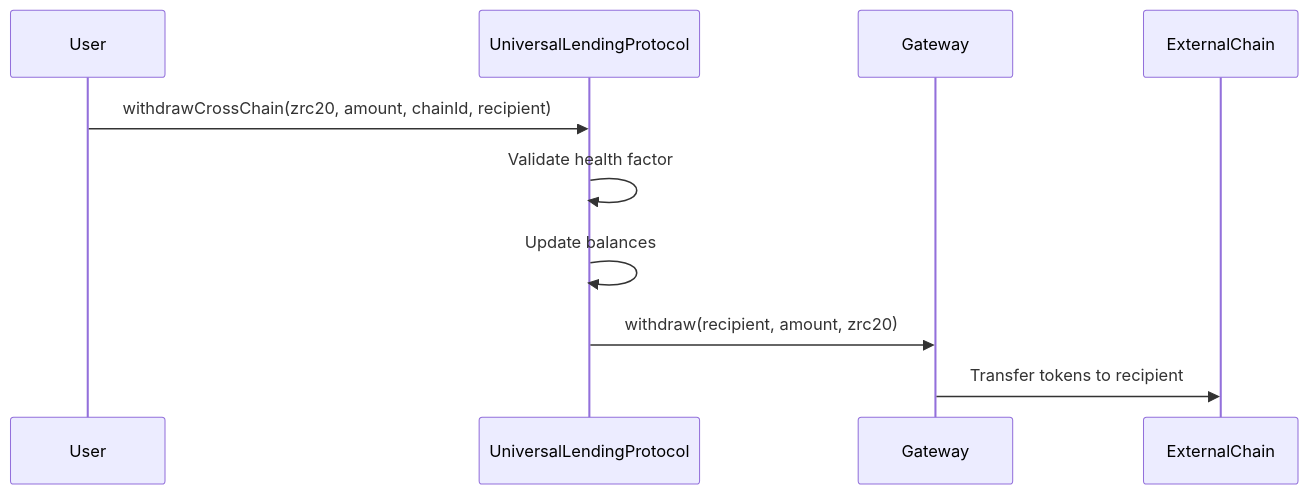
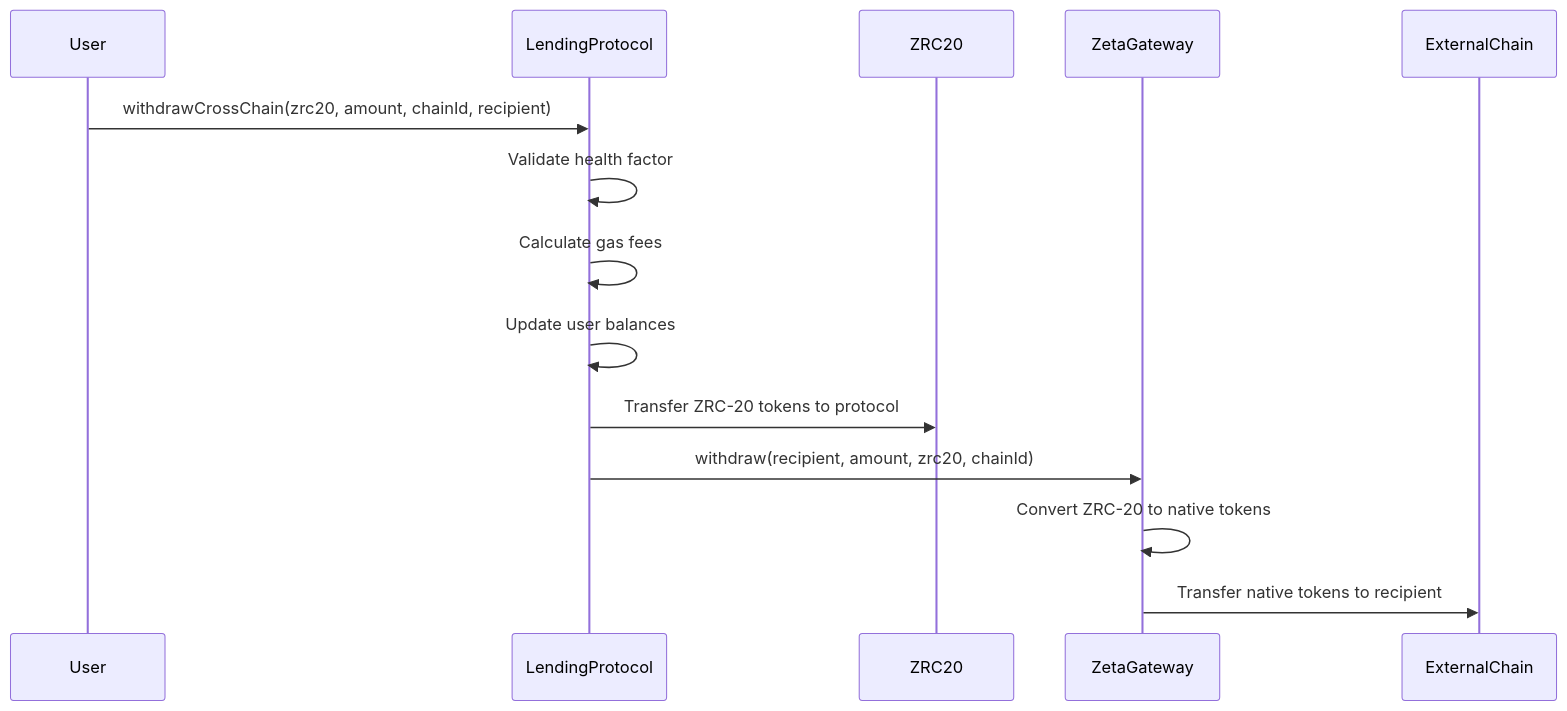
Before and after one commit to 0xnicholasy/zeta-hackathon: the second of 3 diagrams in lending-zeta/CROSS-CHAIN-LENDING.md, drawn with Mermaid. The commit also changed other lines of this file and 31 other files, not shown here.

````diff
--- a/lending-zeta/CROSS-CHAIN-LENDING.md
+++ b/lending-zeta/CROSS-CHAIN-LENDING.md
@@ -83,13 +151,17 @@
 ```mermaid
 sequenceDiagram
     participant User
-    participant UniversalLendingProtocol
-    participant Gateway
+    participant LendingProtocol
+    participant ZRC20
+    participant ZetaGateway
     participant ExternalChain
     
-    User->>UniversalLendingProtocol: withdrawCrossChain(zrc20, amount, chainId, recipient)
-    UniversalLendingProtocol->>UniversalLendingProtocol: Validate health factor
-    UniversalLendingProtocol->>UniversalLendingProtocol: Update balances
-    UniversalLendingProtocol->>Gateway: withdraw(recipient, amount, zrc20)
-    Gateway->>ExternalChain: Transfer tokens to recipient
+    User->>LendingProtocol: withdrawCrossChain(zrc20, amount, chainId, recipient)
+    LendingProtocol->>LendingProtocol: Validate health factor
+    LendingProtocol->>LendingProtocol: Calculate gas fees
+    LendingProtocol->>LendingProtocol: Update user balances
+    LendingProtocol->>ZRC20: Transfer ZRC-20 tokens to protocol
+    LendingProtocol->>ZetaGateway: withdraw(recipient, amount, zrc20, chainId)
+    ZetaGateway->>ZetaGateway: Convert ZRC-20 to native tokens
+    ZetaGateway->>ExternalChain: Transfer native tokens to recipient
 ```
````
